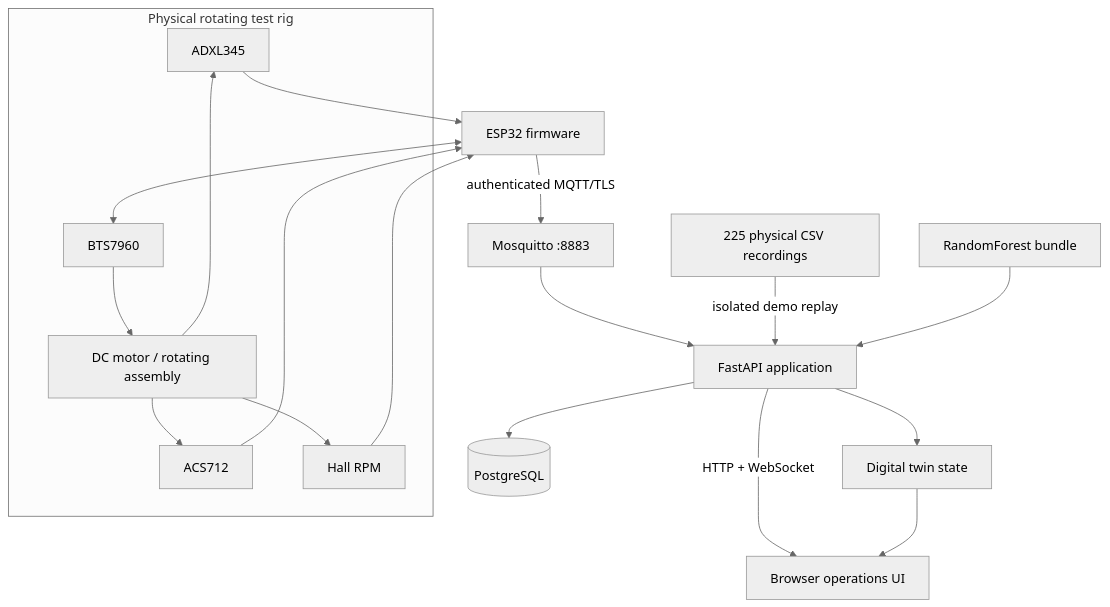
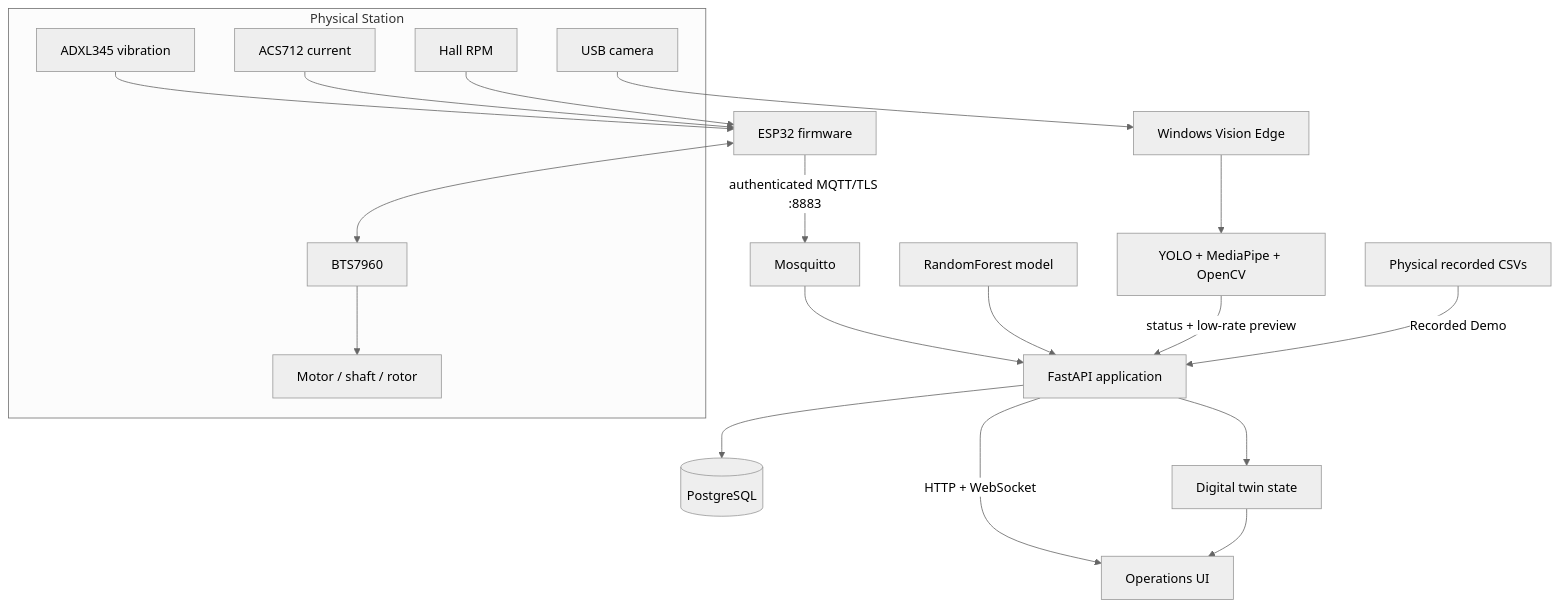
Before and after one commit to CADname/NEXis: the diagram in docs/ARCHITECTURE.md, drawn with Mermaid (neutral theme). The commit also changed other lines of this file and 31 other files, not shown here.

````diff
--- a/docs/ARCHITECTURE.md
+++ b/docs/ARCHITECTURE.md
@@ -5,28 +7,31 @@
 ```mermaid
 flowchart TB
-    subgraph Rig[Physical rotating test rig]
-      ACC[ADXL345]
-      CUR[ACS712]
+    subgraph Physical[Physical Station]
+      ACC[ADXL345 vibration]
+      CUR[ACS712 current]
       HALL[Hall RPM]
       DRIVER[BTS7960]
-      MOTOR[DC motor / rotating assembly]
-      DRIVER --> MOTOR
-      MOTOR --> ACC
-      MOTOR --> HALL
-      MOTOR --> CUR
+      MACHINE[Motor / shaft / rotor]
+      CAMERA[USB camera]
     end
 
     ACC --> ESP[ESP32 firmware]
     CUR --> ESP
     HALL --> ESP
     ESP <--> DRIVER
+    DRIVER --> MACHINE
 
-    ESP -->|authenticated MQTT/TLS| MQTT[Mosquitto :8883]
+    ESP -->|authenticated MQTT/TLS :8883| MQTT[Mosquitto]
     MQTT --> APP[FastAPI application]
-    CSV[225 physical CSV recordings] -->|isolated demo replay| APP
-    MODEL[RandomForest bundle] --> APP
+    MODEL[RandomForest model] --> APP
     APP --> DB[(PostgreSQL)]
-    APP -->|HTTP + WebSocket| WEB[Browser operations UI]
+    APP -->|HTTP + WebSocket| UI[Operations UI]
     APP --> TWIN[Digital twin state]
-    TWIN --> WEB
+    TWIN --> UI
+
+    CAMERA --> EDGE[Windows Vision Edge]
+    EDGE --> DETECT[YOLO + MediaPipe + OpenCV]
+    DETECT -->|status + low-rate preview| APP
+
+    CSV[Physical recorded CSVs] -->|Recorded Demo| APP
 ```
````
